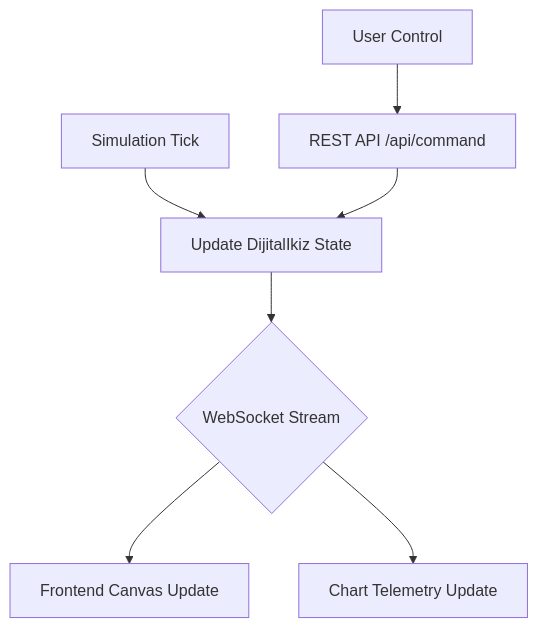
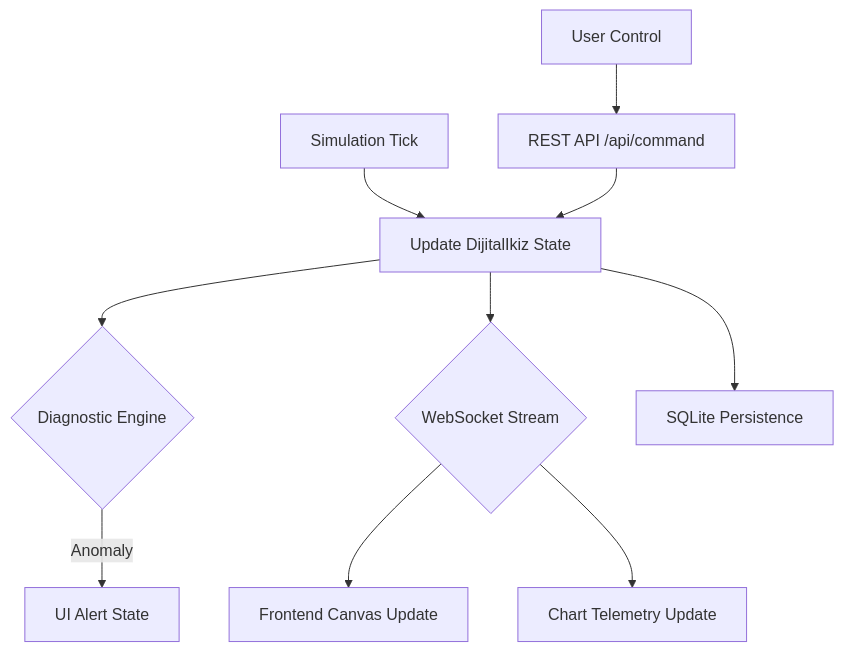
Before and after one commit to bahattinyunus/teknofest_sanayide_dijital_teknolojiler: the diagram in docs/ARCHITECTURE.md, drawn with Mermaid. The commit also changed other lines of this file and 2 other files, not shown here.

Commit message:
🚀 SKYGUARD AMR-OS Phase 2: Persistence & Advanced Diagnostics (SQLite, Mission History, Anomaly Detection UI)

````diff
--- a/docs/ARCHITECTURE.md
+++ b/docs/ARCHITECTURE.md
@@ -42,9 +52,12 @@
 ```mermaid
 graph TD
     A[Simulation Tick] --> B[Update DijitalIkiz State]
+    B --> H{Diagnostic Engine}
+    H -->|Anomaly| I[UI Alert State]
     B --> C{WebSocket Stream}
+    B --> J[SQLite Persistence]
     C --> D[Frontend Canvas Update]
     C --> E[Chart Telemetry Update]
     F[User Control] --> G[REST API /api/command]
     G --> B
 ```
````
